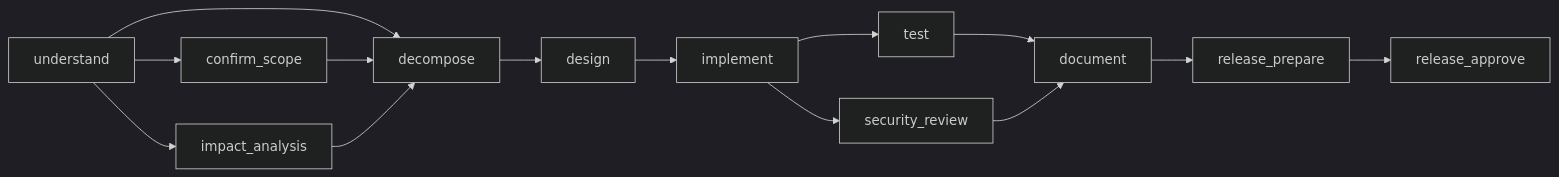
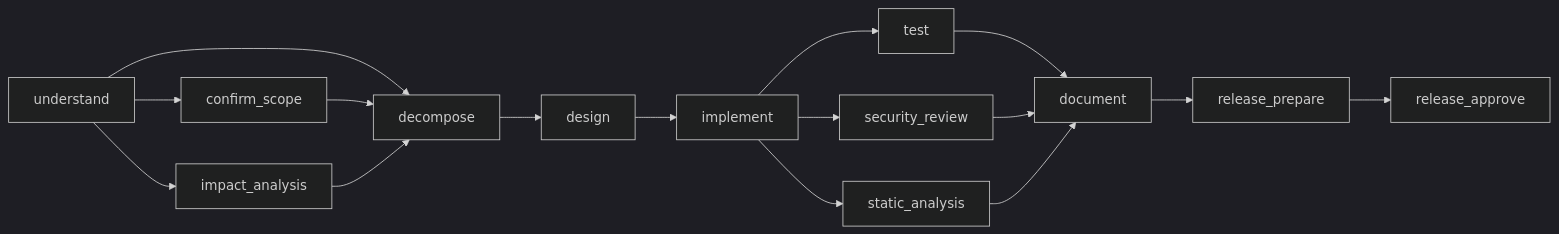
One commit to schintha1/agentic-url-shortener changed the second of 4 diagrams in docs/DESIGN.md. Above: the diagram before and after it, drawn with Mermaid (dark theme). The commit also changed other lines of this file, not shown here.

````diff
--- a/docs/DESIGN.md
+++ b/docs/DESIGN.md
@@ -155,16 +155,18 @@
 ```mermaid
 flowchart LR
   understand --> confirm_scope
   understand --> decompose
   understand --> impact_analysis
   confirm_scope --> decompose
   impact_analysis --> decompose
   decompose --> design
   design --> implement
   implement --> test
   implement --> security_review
+  implement --> static_analysis
   test --> document
   security_review --> document
+  static_analysis --> document
   document --> release_prepare
   release_prepare --> release_approve
 ```
````
